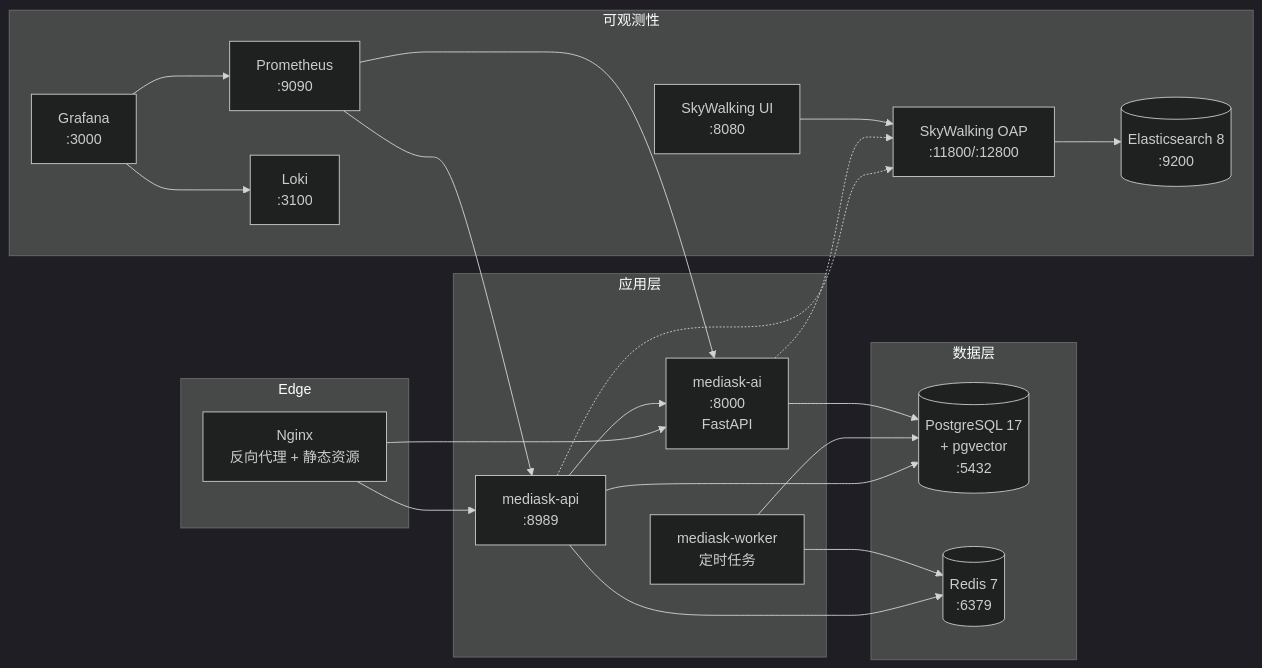
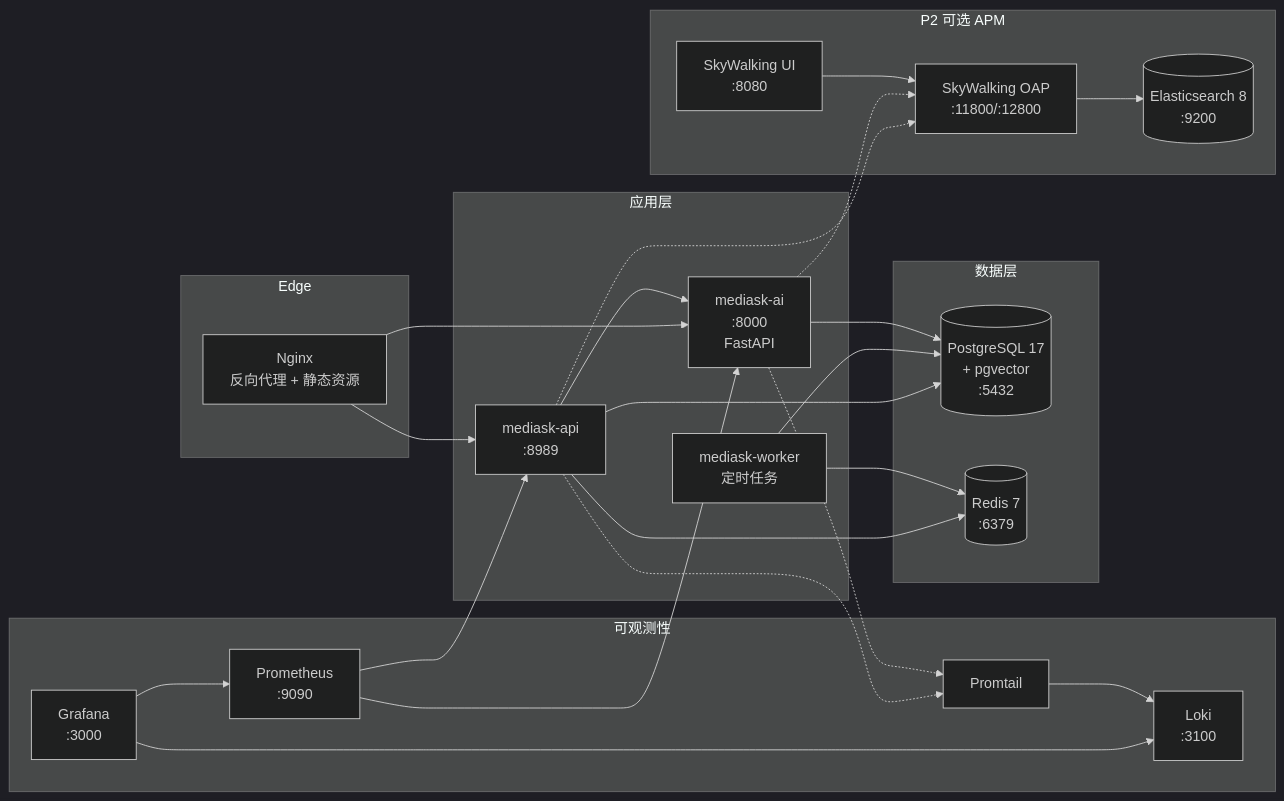
The fourth of 5 diagrams in docs/01-OVERVIEW.md (JianwenShaw/MediAskDocs), drawn with Mermaid (dark theme) before and after one commit. The commit also changed other lines of this file and 31 other files, not shown here.

Commit message:
feat: architecture refactor

````diff
--- a/docs/01-OVERVIEW.md
+++ b/docs/01-OVERVIEW.md
@@ -529,45 +544,53 @@
 ```mermaid
 flowchart LR
     subgraph Edge
         Nginx[Nginx<br/>反向代理 + 静态资源]
     end
 
     subgraph App[应用层]
         API[mediask-api<br/>:8989]
         Worker[mediask-worker<br/>定时任务]
         AI[mediask-ai<br/>:8000<br/>FastAPI]
     end
 
     subgraph Data[数据层]
         PG[(PostgreSQL 17<br/>+ pgvector<br/>:5432)]
         Redis[(Redis 7<br/>:6379)]
     end
 
     subgraph Obs[可观测性]
-        SW[SkyWalking OAP<br/>:11800/:12800]
-        SWUI[SkyWalking UI<br/>:8080]
         Prom[Prometheus<br/>:9090]
         Grafana[Grafana<br/>:3000]
         Loki[Loki<br/>:3100]
+        PT[Promtail]
+    end
+
+    subgraph ObsP2[P2 可选 APM]
+        SW[SkyWalking OAP<br/>:11800/:12800]
+        SWUI[SkyWalking UI<br/>:8080]
         ES[(Elasticsearch 8<br/>:9200)]
     end
 
     Nginx --> API
     Nginx --> AI
 
     API --> PG
     API --> Redis
     API --> AI
     Worker --> PG
     Worker --> Redis
     AI --> PG
 
+    Prom --> API
+    Prom --> AI
+    Grafana --> Prom
+    Grafana --> Loki
+    PT --> Loki
+    API -.-> PT
+    AI -.-> PT
+
     API -.-> SW
     AI -.-> SW
     SW --> ES
     SWUI --> SW
-    Prom --> API
-    Prom --> AI
-    Grafana --> Prom
-    Grafana --> Loki
 ```
````
